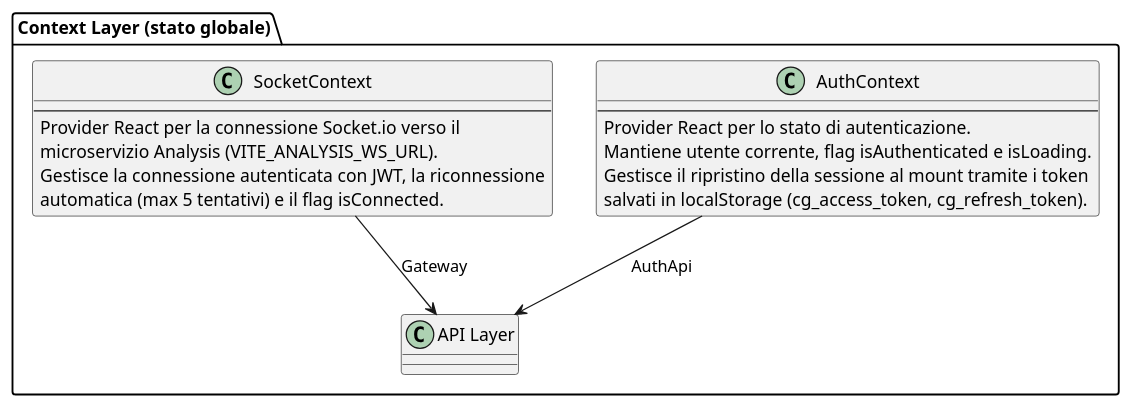
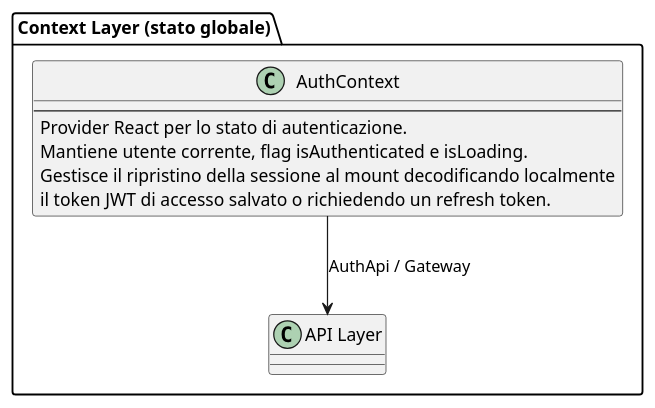
Before and after one commit to SkarabGroup/DocumentazioneProgetto: the diagram in assets/st_diagrams/code/frontend/contexts.plantuml, drawn with PlantUML. The commit also changed 15 other files, not shown here.

```diff
--- a/assets/st_diagrams/code/frontend/contexts.plantuml
+++ b/assets/st_diagrams/code/frontend/contexts.plantuml
@@ -1,16 +1,10 @@
 @startuml
 package "Context Layer (stato globale)" {
   class AuthContext {
     --
-    Provider React per lo stato di autenticazione.\nMantiene utente corrente, flag isAuthenticated e isLoading.\nGestisce il ripristino della sessione al mount tramite i token\nsalvati in localStorage (cg_access_token, cg_refresh_token).
+    Provider React per lo stato di autenticazione.\nMantiene utente corrente, flag isAuthenticated e isLoading.\nGestisce il ripristino della sessione al mount decodificando localmente\nil token JWT di accesso salvato o richiedendo un refresh token.
   }
 
-  class SocketContext {
-    --
-    Provider React per la connessione Socket.io verso il\nmicroservizio Analysis (VITE_ANALYSIS_WS_URL).\nGestisce la connessione autenticata con JWT, la riconnessione\nautomatica (max 5 tentativi) e il flag isConnected.
-  }
-
-  AuthContext --> "API Layer" : AuthApi
-  SocketContext --> "API Layer" : Gateway
+  AuthContext --> "API Layer" : AuthApi / Gateway
 }
 @enduml
```
